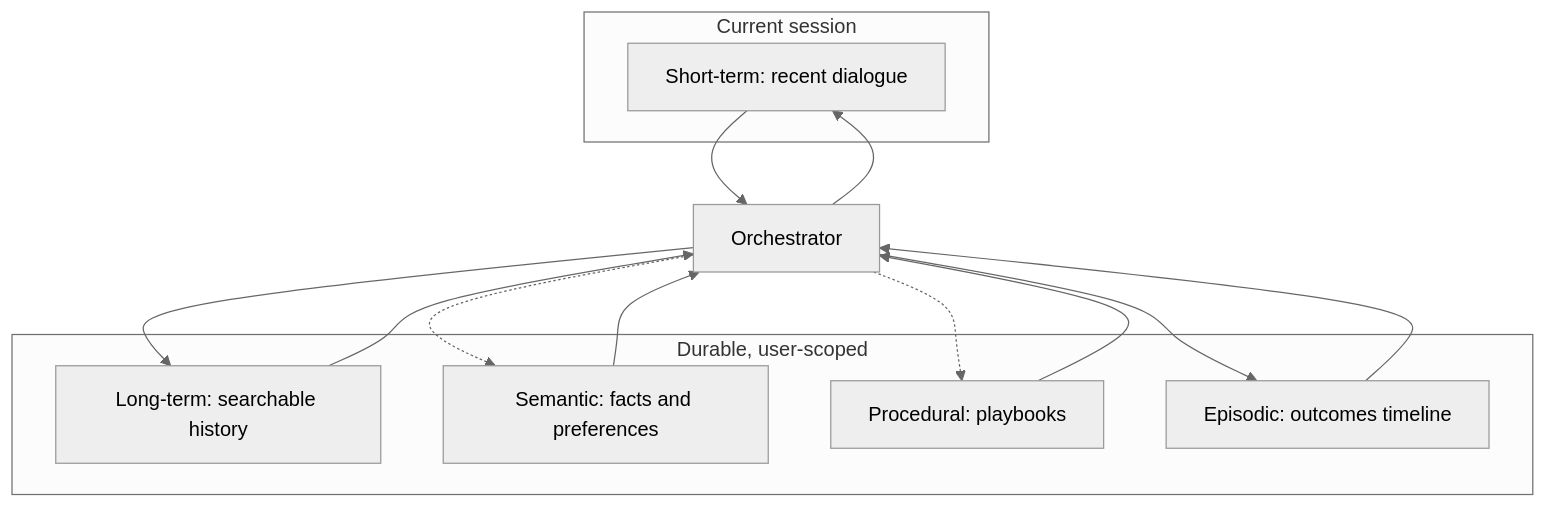
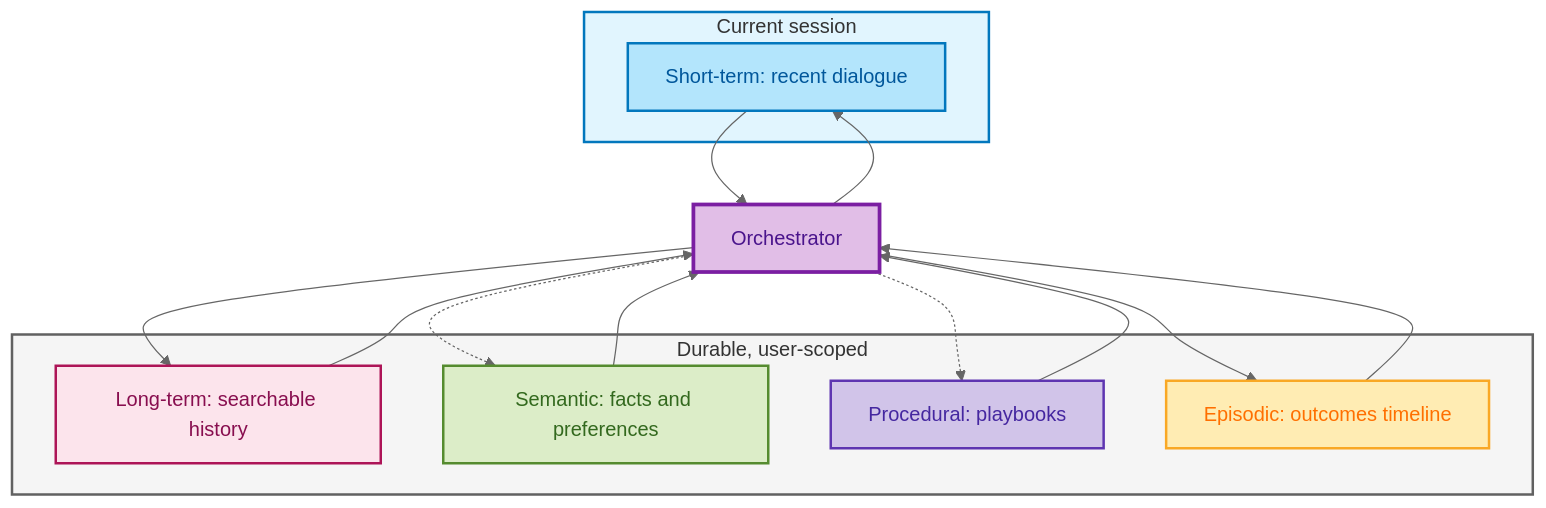
One commit to srirama4n/adk_long_term changed the second of 10 diagrams in docs/doc.md. Above: the diagram before and after it, drawn with Mermaid (neutral theme). The commit also changed other lines of this file, not shown here.

````diff
--- a/docs/doc.md
+++ b/docs/doc.md
@@ -111,25 +121,34 @@
 ```mermaid
 flowchart TB
     subgraph session["Current session"]
         ST["Short-term: recent dialogue"]
     end
 
     subgraph durable["Durable, user-scoped"]
         LT["Long-term: searchable history"]
         SM["Semantic: facts and preferences"]
         PR["Procedural: playbooks"]
         EP["Episodic: outcomes timeline"]
     end
 
     ST --> Orch["Orchestrator"]
     LT --> Orch
     SM --> Orch
     PR --> Orch
     EP --> Orch
 
     Orch --> ST
     Orch --> LT
     Orch --> EP
     Orch -.-> SM
     Orch -.-> PR
+
+    style session fill:#E1F5FE,stroke:#0277BD,stroke-width:2px
+    style durable fill:#F5F5F5,stroke:#616161,stroke-width:2px
+    style ST fill:#B3E5FC,stroke:#0277BD,stroke-width:2px,color:#01579B
+    style LT fill:#FCE4EC,stroke:#AD1457,stroke-width:2px,color:#880E4F
+    style SM fill:#DCEDC8,stroke:#558B2F,stroke-width:2px,color:#33691E
+    style PR fill:#D1C4E9,stroke:#5E35B1,stroke-width:2px,color:#4527A0
+    style EP fill:#FFECB3,stroke:#F9A825,stroke-width:2px,color:#FF6F00
+    style Orch fill:#E1BEE7,stroke:#7B1FA2,stroke-width:3px,color:#4A148C
 ```
````
